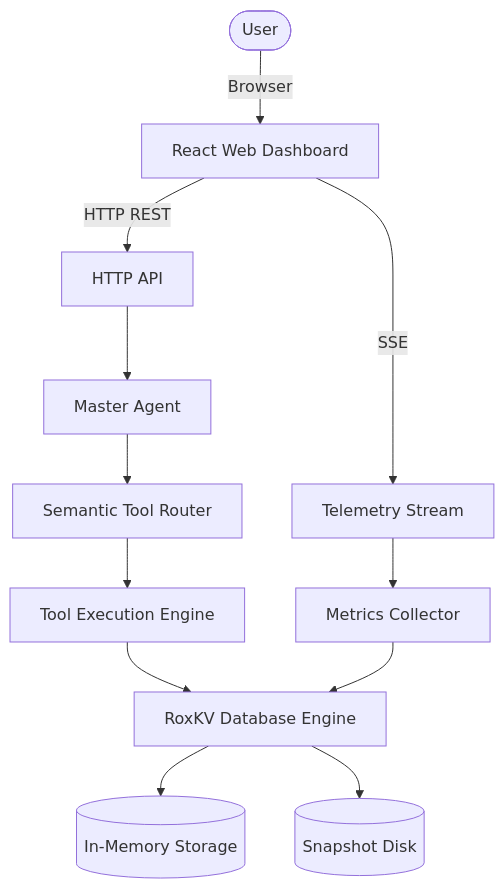
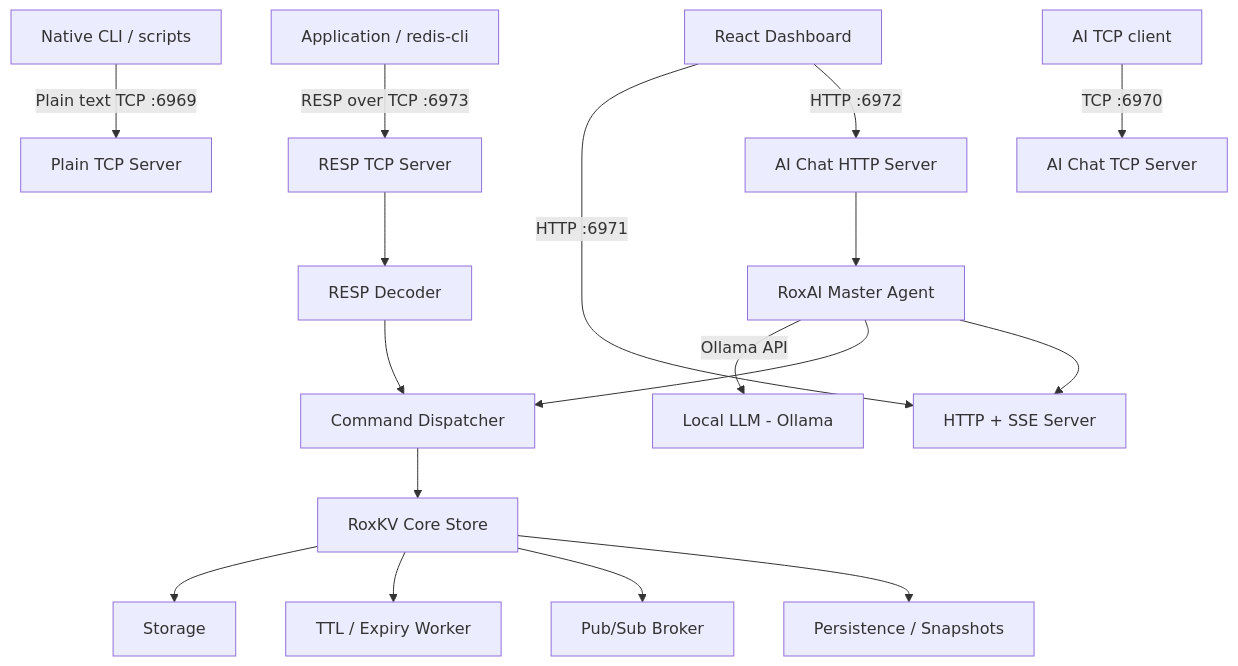
One commit to rahulkumarparida/roxkv changed the diagram in README.md. Above: the diagram before and after it, drawn with Mermaid. The commit also changed other lines of this file and 29 other files, not shown here.

````diff
--- a/README.md
+++ b/README.md
@@ -115,17 +48,21 @@
 ```mermaid
 graph TD
-    User([User]) -->|Browser| Dashboard[React Web Dashboard]
-    Dashboard -->|HTTP REST| API[HTTP API]
-    Dashboard -->|SSE| Telemetry[Telemetry Stream]
-    
-    API --> MasterAgent[Master Agent]
-    MasterAgent --> SemanticRouter[Semantic Tool Router]
-    SemanticRouter --> Tools[Tool Execution Engine]
-    Tools --> RoxKVCore[RoxKV Database Engine]
-    
-    Telemetry --> MetricsCollector[Metrics Collector]
-    MetricsCollector --> RoxKVCore
-    
-    RoxKVCore --> Storage[(In-Memory Storage)]
-    RoxKVCore --> Disk[(Snapshot Disk)]
+    A[Application / redis-cli] -->|RESP over TCP :6973| B[RESP TCP Server]
+    C[Native CLI / scripts] -->|Plain text TCP :6969| D[Plain TCP Server]
+    E[React Dashboard] -->|HTTP :6971| F[HTTP + SSE Server]
+    E -->|HTTP :6972| G[AI Chat HTTP Server]
+    H[AI TCP client] -->|TCP :6970| I[AI Chat TCP Server]
+
+    B --> J[RESP Decoder]
+    J --> K[Command Dispatcher]
+    K --> L[RoxKV Core Store]
+    L --> M[Storage]
+    L --> N[TTL / Expiry Worker]
+    L --> O[Pub/Sub Broker]
+    L --> P[Persistence / Snapshots]
+
+    G --> Q[RoxAI Master Agent]
+    Q -->|Ollama API| R[Local LLM - Ollama]
+    Q --> K
+    Q --> F
 ```
````
